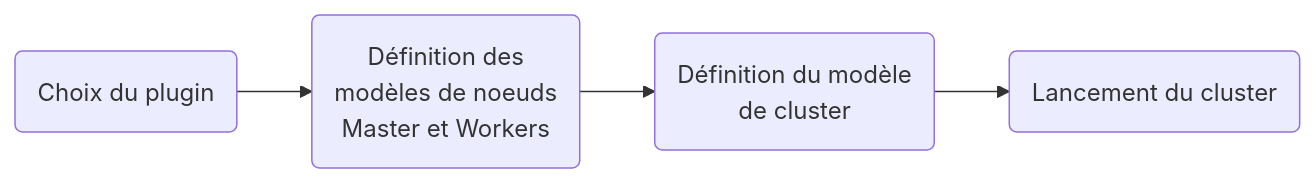
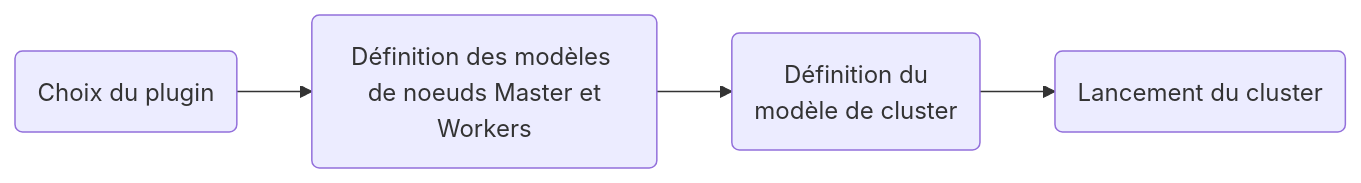
Before and after one commit to frgaudet/galacticadocs: the diagram in sahara/cluster.md, drawn with Mermaid. The commit also changed 3 other files, not shown here.

````diff
--- a/sahara/cluster.md
+++ b/sahara/cluster.md
@@ -5,7 +5,7 @@
-{% mermaid %}
+```mermaid
 graph LR;
   A(Choix du plugin)-->B;
-  B(Définition des \nmodèles de noeuds\nMaster et Workers)-->C;
-  C(Définition  du modèle \nde cluster)-->D;
+  B(Définition des modèles <br> de noeuds Master et Workers )-->C;
+  C(Définition du <br> modèle de cluster )-->D;
   D(Lancement du cluster);
-{% endmermaid %}
+```
````
